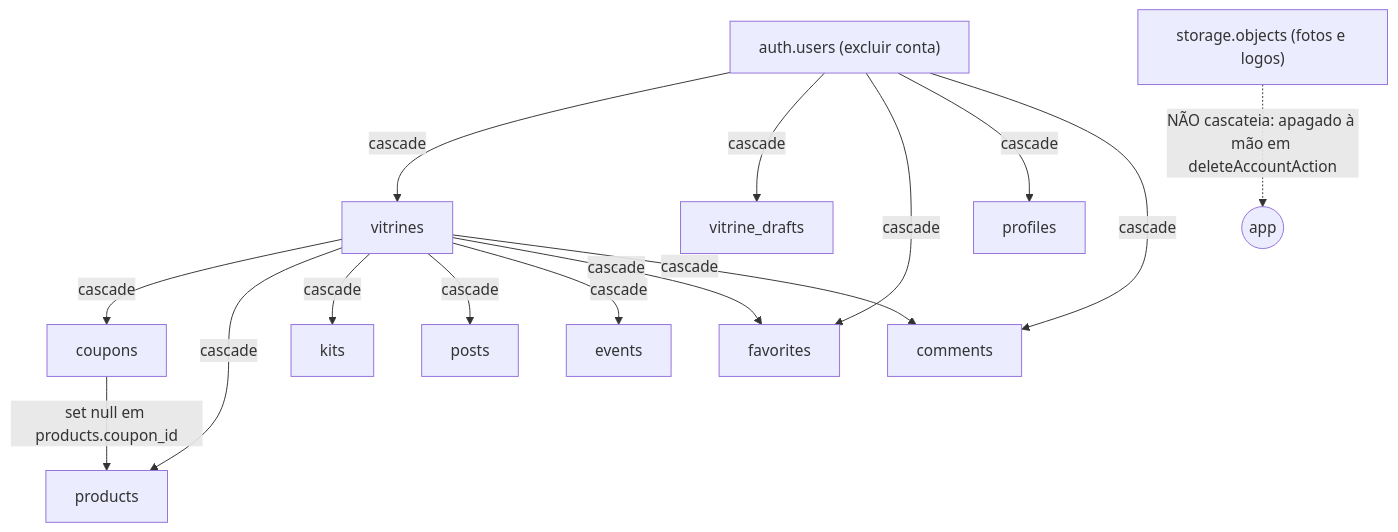
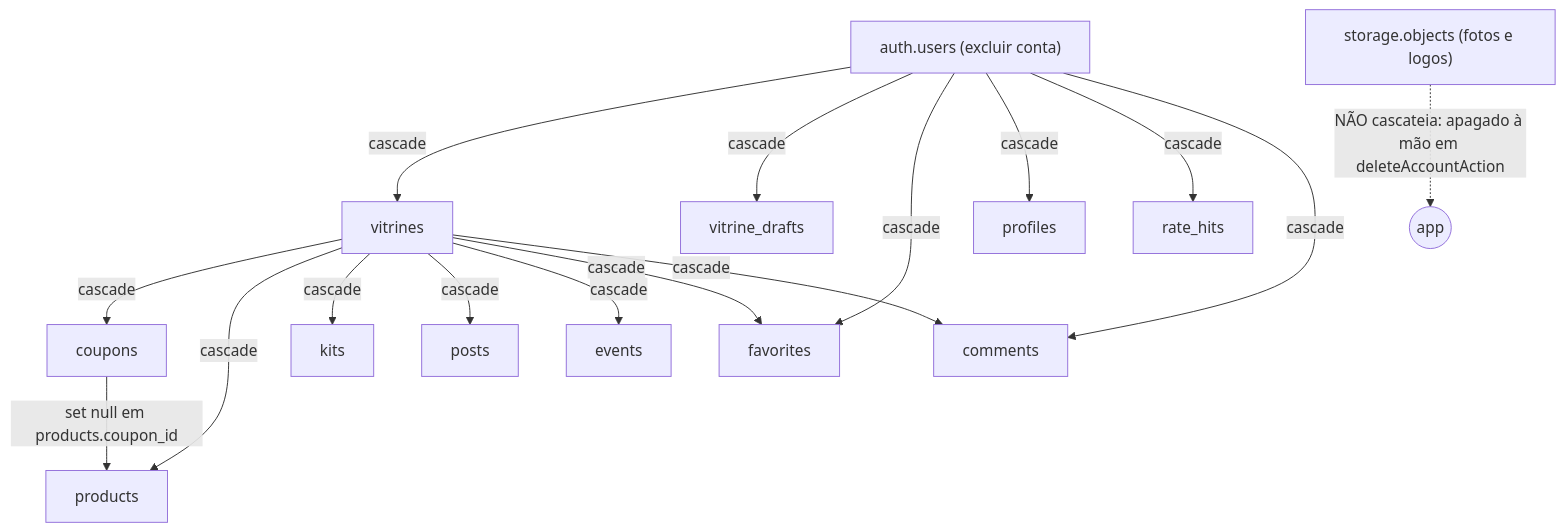
The third of 3 diagrams in docs/database.md (estevaons/myvitri), drawn with Mermaid before and after one commit. The commit also changed other lines of this file and 17 other files, not shown here.

````diff
--- a/docs/database.md
+++ b/docs/database.md
@@ -525,17 +589,18 @@
 ```mermaid
 graph TD
     U["auth.users (excluir conta)"] -->|cascade| V[vitrines]
     U -->|cascade| D[vitrine_drafts]
     V -->|cascade| C[coupons]
     V -->|cascade| P[products]
     V -->|cascade| K[kits]
     V -->|cascade| PO[posts]
     V -->|cascade| E[events]
     U -->|cascade| F[favorites]
     V -->|cascade| F
     U -->|cascade| PR[profiles]
+    U -->|cascade| RH[rate_hits]
     U -->|cascade| M[comments]
     V -->|cascade| M
     C -->|set null em products.coupon_id| P
     S["storage.objects (fotos e logos)"] -.->|"NÃO cascateia: apagado à mão em deleteAccountAction"| X((app))
 ```
````
